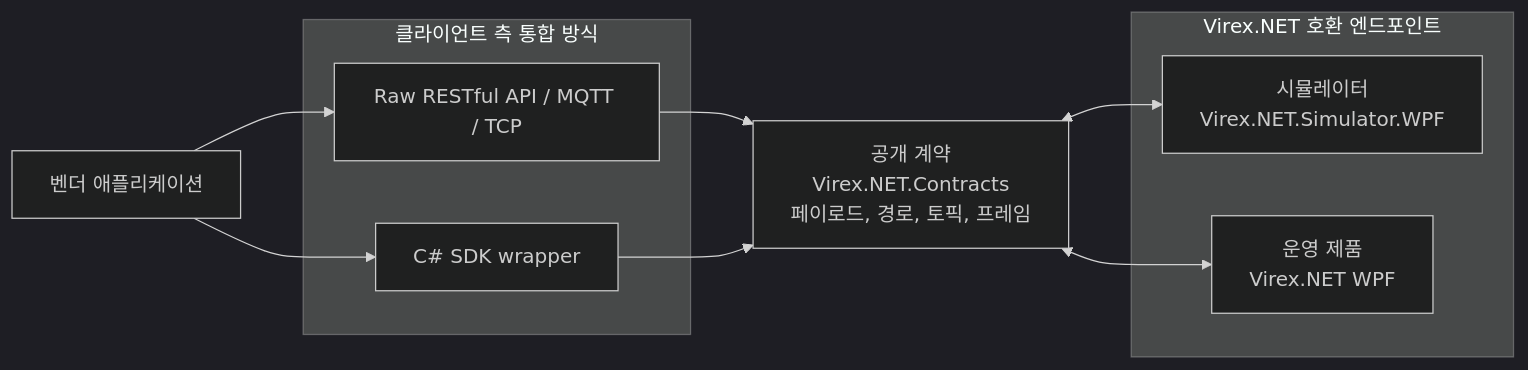
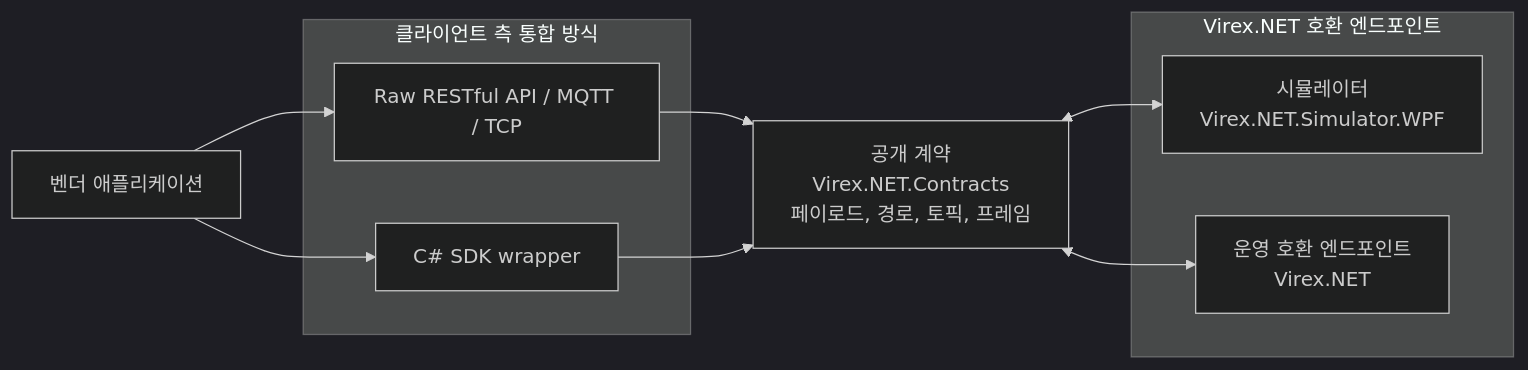
Before and after one commit to vstechnology-tw/vst-virex.net.integration: the diagram in docs/integration-model.ko.md, drawn with Mermaid (dark theme). The commit also changed other lines of this file and 53 other files, not shown here.

````diff
--- a/docs/integration-model.ko.md
+++ b/docs/integration-model.ko.md
@@ -7,23 +7,23 @@
 ```mermaid
 flowchart LR
     Vendor["벤더 애플리케이션"]
 
     subgraph ClientSide["클라이언트 측 통합 방식"]
         Raw["Raw RESTful API / MQTT / TCP"]
         Sdk["C# SDK wrapper"]
     end
 
     Contract["공개 계약\nVirex.NET.Contracts\n페이로드, 경로, 토픽, 프레임"]
 
     subgraph CompatibleEndpoint["Virex.NET 호환 엔드포인트"]
         Simulator["시뮬레이터\nVirex.NET.Simulator.WPF"]
-        Production["운영 제품\nVirex.NET WPF"]
+        Production["운영 호환 엔드포인트\nVirex.NET"]
     end
 
     Vendor --> Raw
     Vendor --> Sdk
     Raw --> Contract
     Sdk --> Contract
     Contract <--> Simulator
     Contract <--> Production
 ```
````
